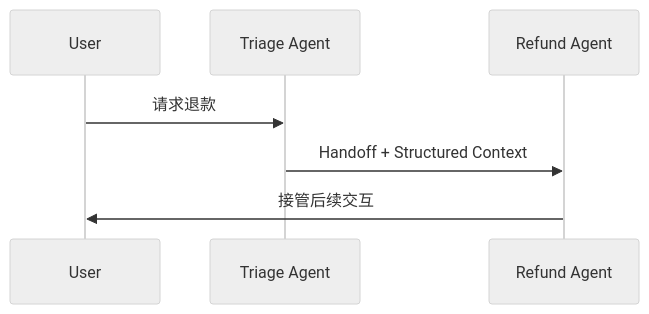
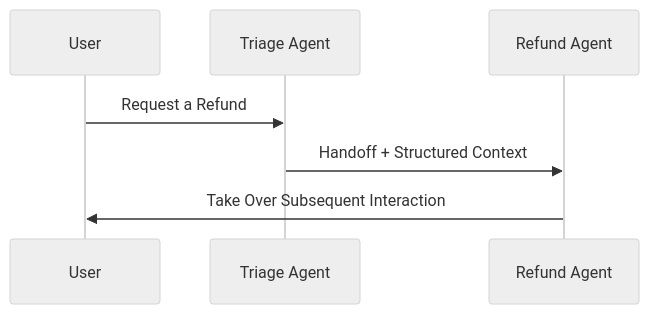
Before and after one commit to oneleaveknowsthefall/awesome-ai-roadmap: diagram 15 of 24 in docs/agent/04-multi-agent/13-multi-agent-coordination.md, drawn with Mermaid (neutral theme). The commit also changed other lines of this file and 68 other files, not shown here.

````diff
--- a/docs/agent/04-multi-agent/13-multi-agent-coordination.md
+++ b/docs/agent/04-multi-agent/13-multi-agent-coordination.md
@@ -816,10 +820,10 @@
 ```mermaid
 sequenceDiagram
     participant U as User
     participant T as Triage Agent
     participant R as Refund Agent
 
-    U->>T: 请求退款
+    U->>T: Request a Refund
     T->>R: Handoff + Structured Context
-    R->>U: 接管后续交互
+    R->>U: Take Over Subsequent Interaction
 ```
````
